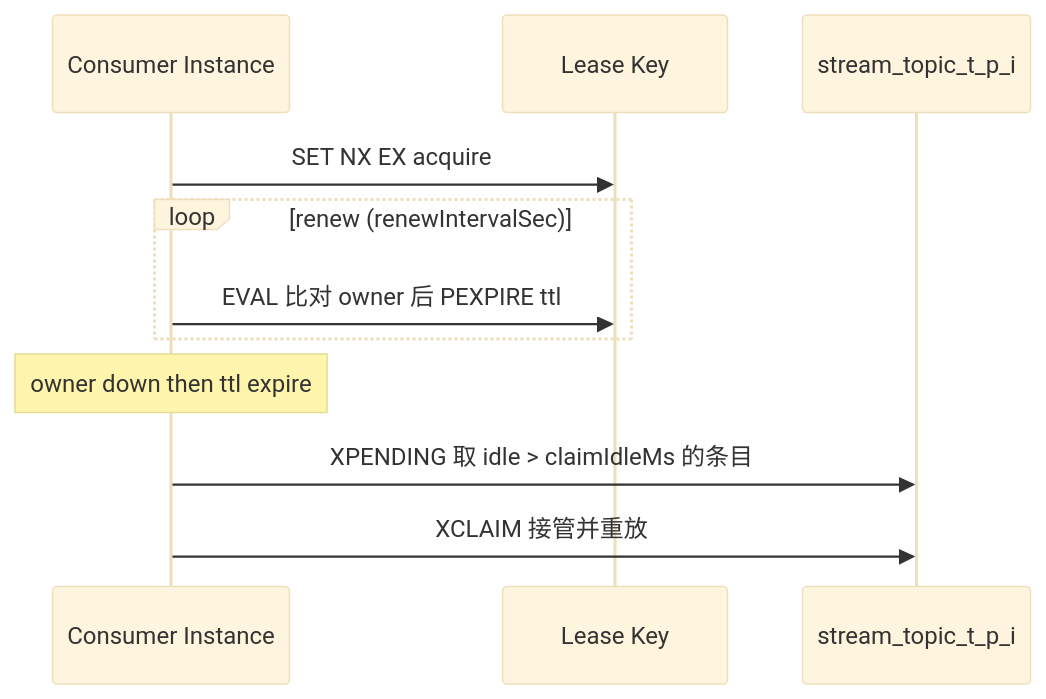
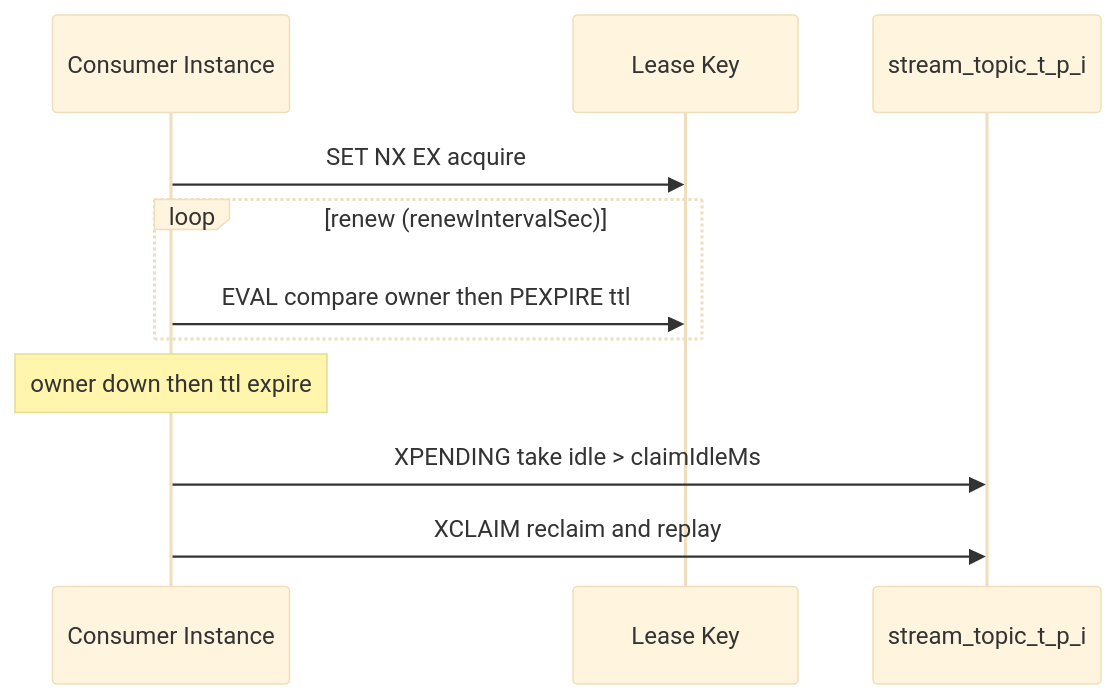
Before and after one commit to cuihairu/redis-streaming: the third of 3 diagrams in docs/MQ-Broker-Interaction.md, drawn with Mermaid (base theme). The commit also changed other lines of this file and 96 other files, not shown here.

````diff
--- a/docs/MQ-Broker-Interaction.md
+++ b/docs/MQ-Broker-Interaction.md
@@ -80,13 +88,13 @@
 ```mermaid
 sequenceDiagram
   participant C as Consumer Instance
   participant L as Lease Key
   participant S as stream_topic_t_p_i
   C->>L: SET NX EX acquire
   loop renew (renewIntervalSec)
-    C->>L: EVAL 比对 owner 后 PEXPIRE ttl
+    C->>L: EVAL compare owner then PEXPIRE ttl
   end
   Note over C: owner down then ttl expire
-  C->>S: XPENDING 取 idle > claimIdleMs 的条目
-  C->>S: XCLAIM 接管并重放
+  C->>S: XPENDING take idle > claimIdleMs
+  C->>S: XCLAIM reclaim and replay
 ```
````
